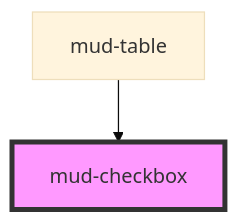
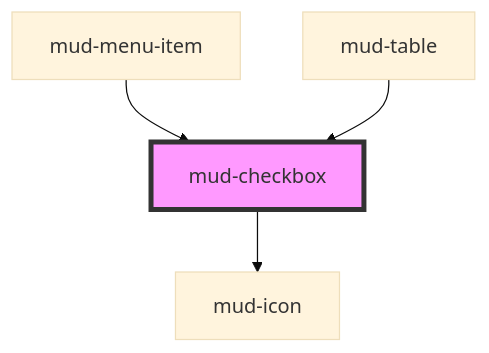
The diagram in src/components/mud-checkbox/readme.md (egov-moldova/design-system), drawn with Mermaid (base theme) before and after one commit. The commit also changed other lines of this file and 153 other files, not shown here.

````diff
--- a/src/components/mud-checkbox/readme.md
+++ b/src/components/mud-checkbox/readme.md
@@ -79,5 +86,7 @@
 ```mermaid
 graph TD;
+  mud-checkbox --> mud-icon
+  mud-menu-item --> mud-checkbox
   mud-table --> mud-checkbox
   style mud-checkbox fill:#f9f,stroke:#333,stroke-width:4px
 ```
````
